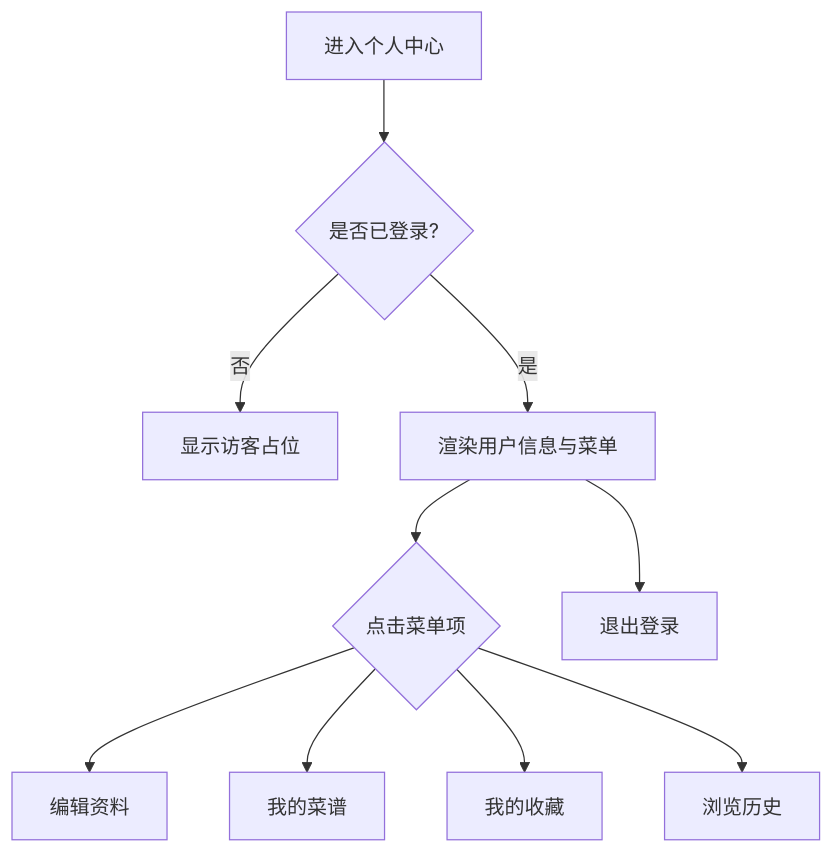
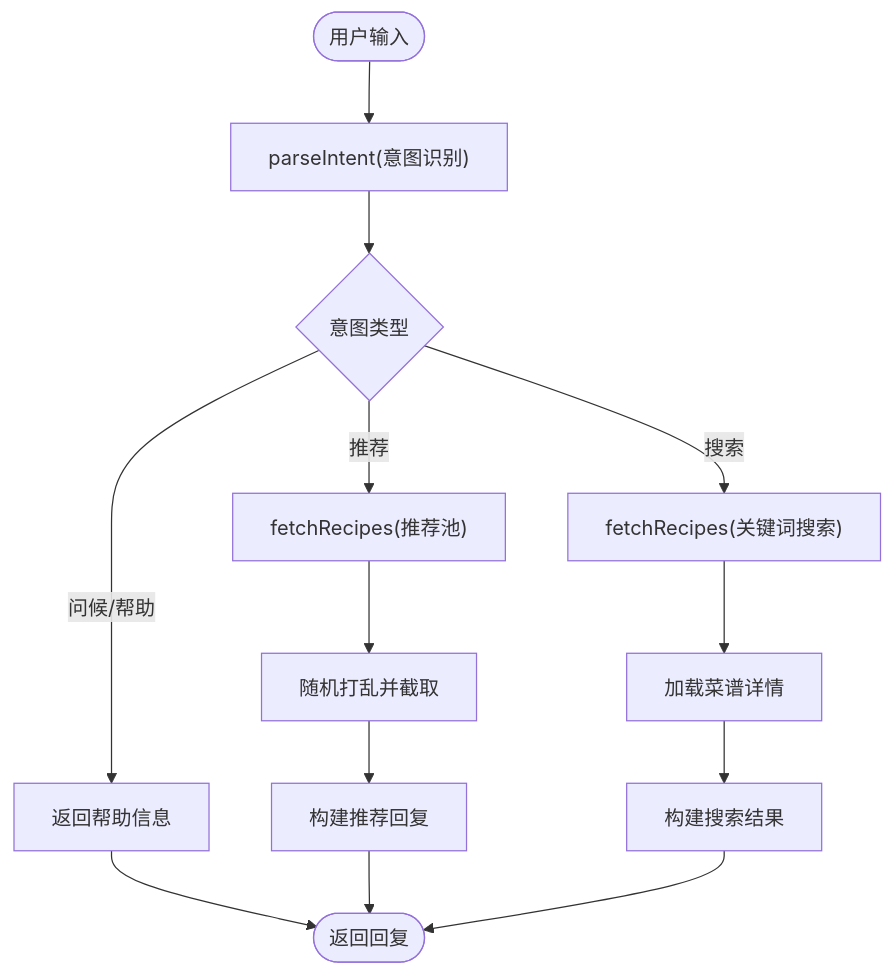
The fifth of 7 diagrams in .qoder/repowiki/zh/content/前端应用/微信小程序.md (good-zheng/po), drawn with Mermaid before and after one commit. The commit also changed other lines of this file and 40 other files, not shown here.

````diff
--- a/.qoder/repowiki/zh/content/前端应用/微信小程序.md
+++ b/.qoder/repowiki/zh/content/前端应用/微信小程序.md
@@ -241,12 +170,15 @@
 ```mermaid
 flowchart TD
-Enter["进入个人中心"] --> CheckAuth{"是否已登录?"}
-CheckAuth --> |否| Guest["显示访客占位"]
-CheckAuth --> |是| Profile["渲染用户信息与菜单"]
-Profile --> MenuClick{"点击菜单项"}
-MenuClick --> Edit["编辑资料"]
-MenuClick --> Recipes["我的菜谱"]
-MenuClick --> Favorites["我的收藏"]
-MenuClick --> History["浏览历史"]
-Profile --> Signout["退出登录"]
+Start(["用户输入"]) --> Parse["parseIntent(意图识别)"]
+Parse --> CheckType{"意图类型"}
+CheckType --> |问候/帮助| ReplyHelp["返回帮助信息"]
+CheckType --> |推荐| FetchRec["fetchRecipes(推荐池)"]
+FetchRec --> Shuffle["随机打乱并截取"]
+Shuffle --> BuildRec["构建推荐回复"]
+CheckType --> |搜索| Search["fetchRecipes(关键词搜索)"]
+Search --> LoadDetail["加载菜谱详情"]
+LoadDetail --> BuildSearch["构建搜索结果"]
+ReplyHelp --> End(["返回回复"])
+BuildRec --> End
+BuildSearch --> End
 ```
````
